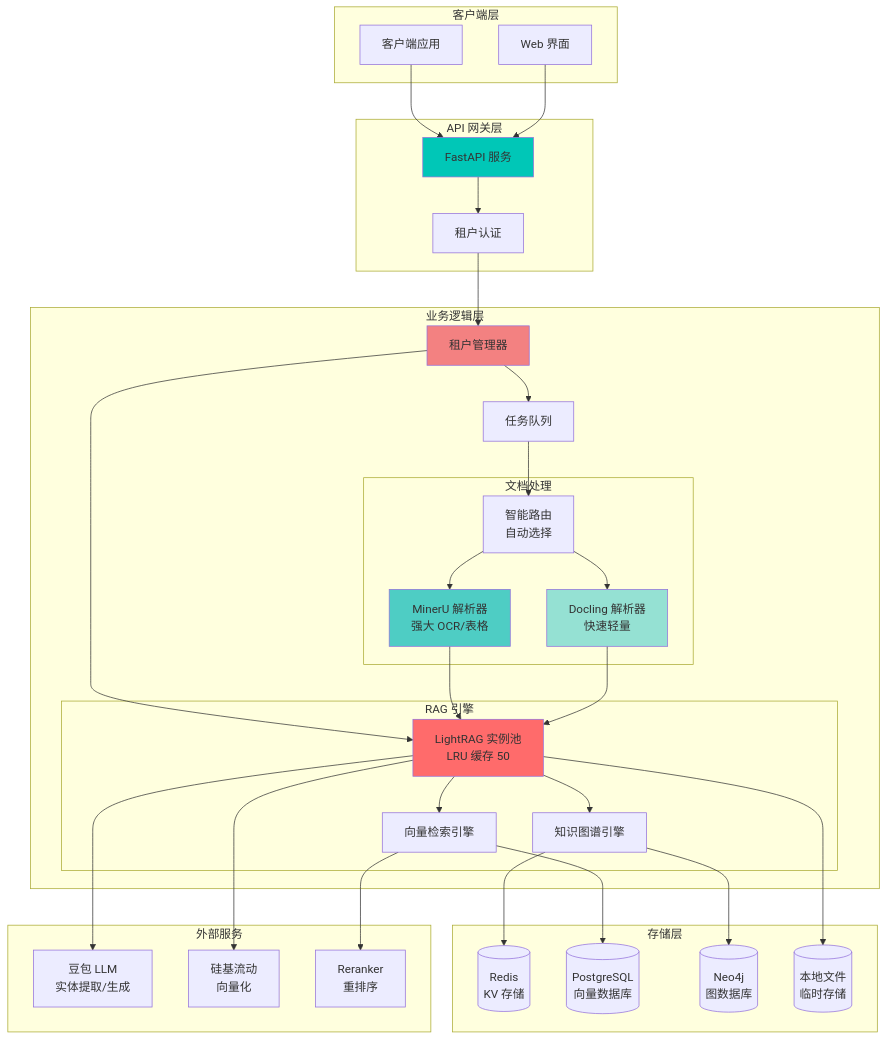
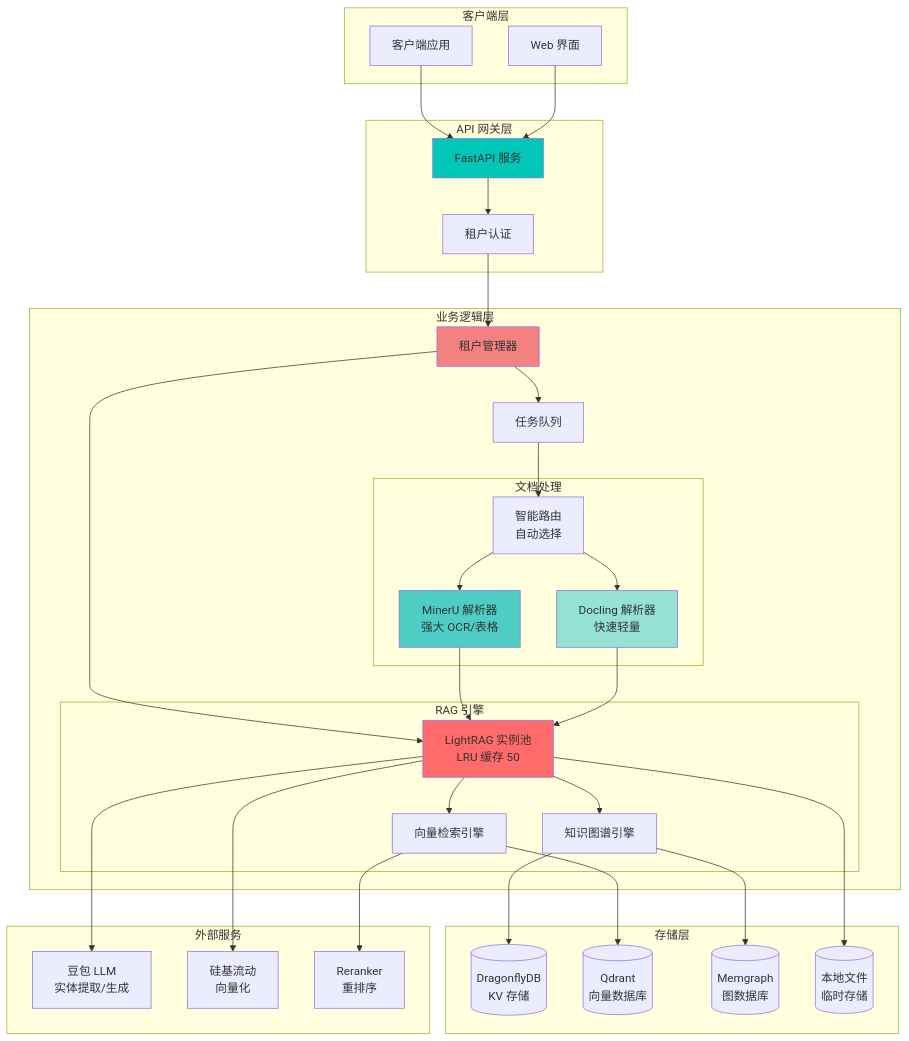
One commit to BukeLy/rag-api changed the first of 2 diagrams in README.md. Above: the diagram before and after it, drawn with Mermaid. The commit also changed other lines of this file and 3 other files, not shown here.

First line of the commit message:
feat: 更新外部存储架构，集成 DragonflyDB、Qdrant 和 Memgraph

````diff
--- a/README.md
+++ b/README.md
@@ -93,73 +93,73 @@
 ```mermaid
 graph TB
     subgraph "客户端层"
         Client[客户端应用]
         WebUI[Web 界面]
     end
     
     subgraph "API 网关层"
         FastAPI[FastAPI 服务]
         Auth[租户认证]
     end
     
     subgraph "业务逻辑层"
         TenantMgr[租户管理器]
         TaskQueue[任务队列]
         
         subgraph "文档处理"
             MinerU[MinerU 解析器<br/>强大 OCR/表格]
             Docling[Docling 解析器<br/>快速轻量]
             FileRouter[智能路由<br/>自动选择]
         end
         
         subgraph "RAG 引擎"
             LightRAG[LightRAG 实例池<br/>LRU 缓存 50]
             KG[知识图谱引擎]
             Vector[向量检索引擎]
         end
     end
     
     subgraph "存储层"
-        Redis[(Redis<br/>KV 存储)]
-        PG[(PostgreSQL<br/>向量数据库)]
-        Neo4j[(Neo4j<br/>图数据库)]
+        DragonflyDB[(DragonflyDB<br/>KV 存储)]
+        Qdrant[(Qdrant<br/>向量数据库)]
+        Memgraph[(Memgraph<br/>图数据库)]
         Local[(本地文件<br/>临时存储)]
     end
     
     subgraph "外部服务"
         LLM[豆包 LLM<br/>实体提取/生成]
         Embedding[硅基流动<br/>向量化]
         Rerank[Reranker<br/>重排序]
     end
     
     Client --> FastAPI
     WebUI --> FastAPI
     FastAPI --> Auth
     Auth --> TenantMgr
     TenantMgr --> TaskQueue
     TenantMgr --> LightRAG
     
     TaskQueue --> FileRouter
     FileRouter --> MinerU
     FileRouter --> Docling
     MinerU --> LightRAG
     Docling --> LightRAG
     
     LightRAG --> KG
     LightRAG --> Vector
     
-    KG --> Redis
-    KG --> Neo4j
-    Vector --> PG
+    KG --> DragonflyDB
+    KG --> Memgraph
+    Vector --> Qdrant
     LightRAG --> Local
     
     LightRAG --> LLM
     LightRAG --> Embedding
     Vector --> Rerank
     
     style FastAPI fill:#00C7B7
     style LightRAG fill:#FF6B6B
     style MinerU fill:#4ECDC4
     style Docling fill:#95E1D3
     style TenantMgr fill:#F38181
 ```
````
